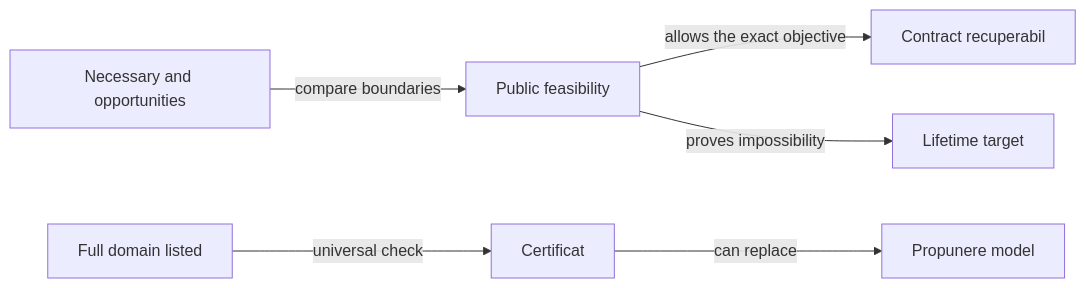
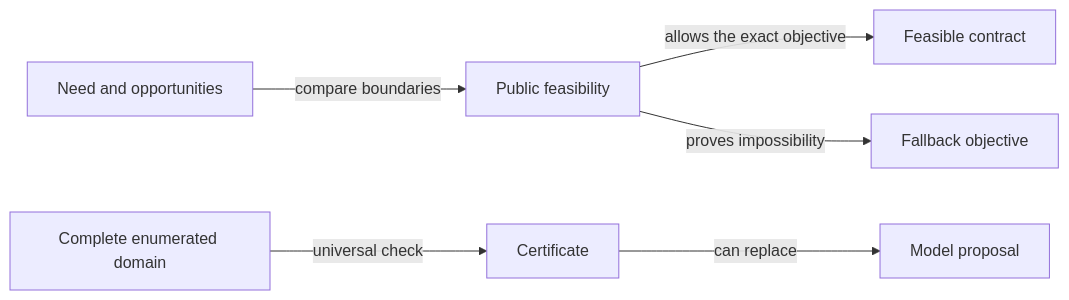
One commit to crististefanita/atf_j4 changed the second of 2 diagrams in docs/ai/ATF_DecisionModel.md. Above: the diagram before and after it, drawn with Mermaid. The commit also changed other lines of this file and 126 other files, not shown here.

````diff
--- a/docs/ai/ATF_DecisionModel.md
+++ b/docs/ai/ATF_DecisionModel.md
@@ -109,8 +109,8 @@
 ```mermaid
 flowchart LR
-    QUOTA[Necessary and opportunities] -->|compare boundaries| FEAS[Public feasibility]
-    FEAS -->|allows the exact objective| EXACT[Contract recuperabil]
-    FEAS -->|proves impossibility| SALV[Lifetime target]
-    DOMAIN[Full domain listed] -->|universal check| CERT[Certificat]
-    CERT -->|can replace| PROPOSAL[Propunere model]
+    QUOTA[Need and opportunities] -->|compare boundaries| FEAS[Public feasibility]
+    FEAS -->|allows the exact objective| EXACT[Feasible contract]
+    FEAS -->|proves impossibility| SALV[Fallback objective]
+    DOMAIN[Complete enumerated domain] -->|universal check| CERT[Certificate]
+    CERT -->|can replace| PROPOSAL[Model proposal]
 ```
````
